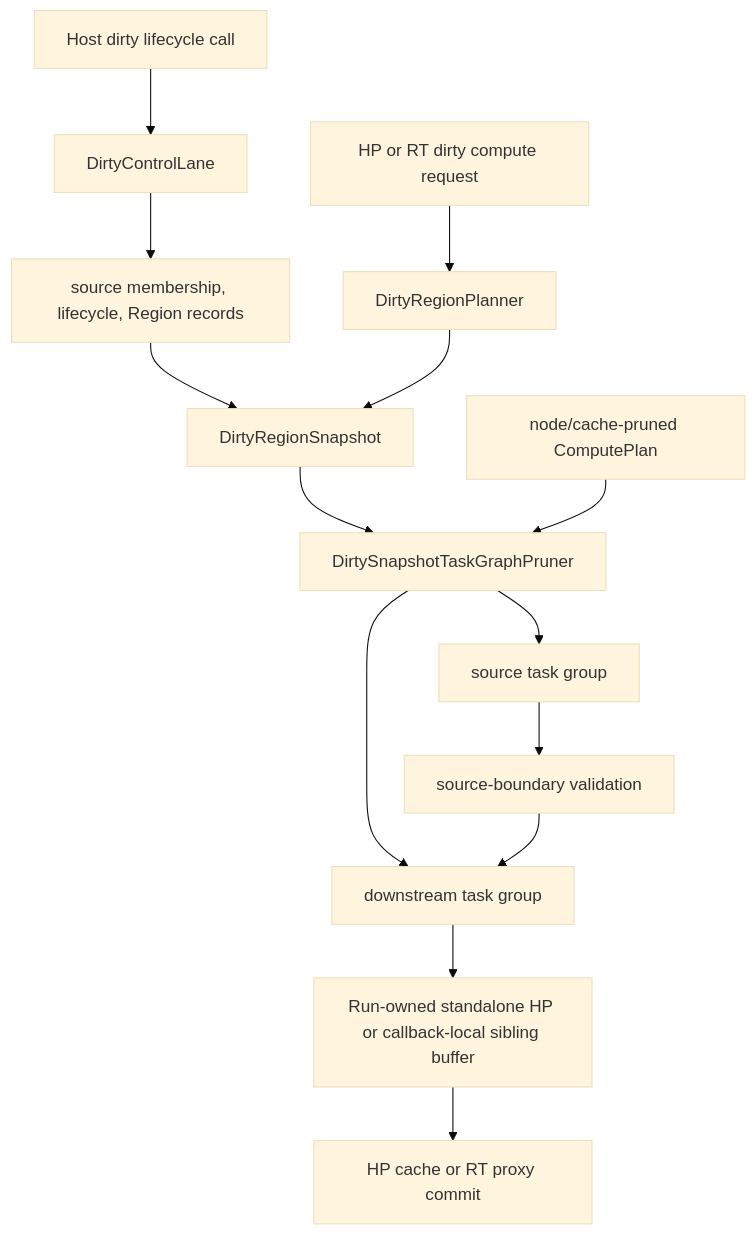
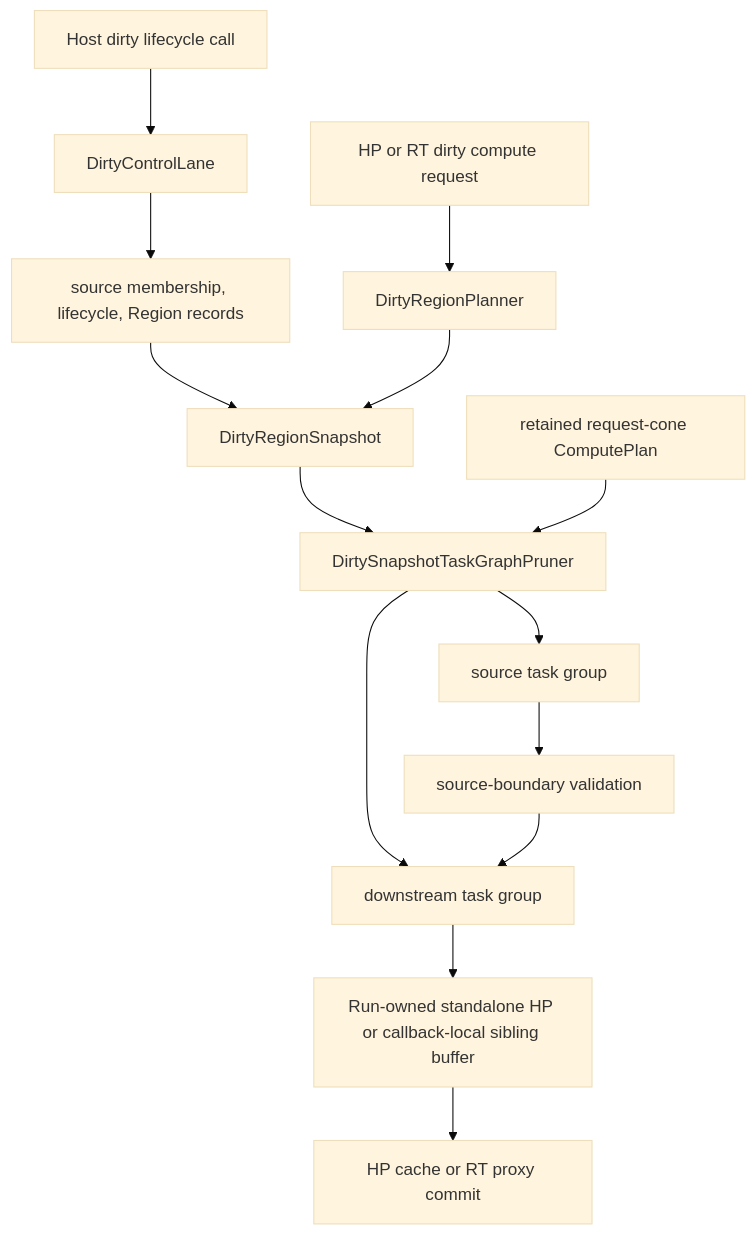
Before and after one commit to kevin-zf1123/photospider: the diagram in docs/kernel-architecture/Dirty-Region-Propagation.md, drawn with Mermaid (base theme). The commit also changed other lines of this file and 9 other files, not shown here.

````diff
--- a/docs/kernel-architecture/Dirty-Region-Propagation.md
+++ b/docs/kernel-architecture/Dirty-Region-Propagation.md
@@ -50,17 +50,17 @@
 ```mermaid
 flowchart TD
   EVENT["Host dirty lifecycle call"] --> LANE["DirtyControlLane"]
   LANE --> FACTS["source membership, lifecycle, Region records"]
   FACTS --> SNAPSHOT["DirtyRegionSnapshot"]
 
   REQUEST["HP or RT dirty compute request"] --> PLAN["DirtyRegionPlanner"]
   PLAN --> SNAPSHOT
   SNAPSHOT --> SELECT["DirtySnapshotTaskGraphPruner"]
-  STATIC["node/cache-pruned ComputePlan"] --> SELECT
+  STATIC["retained request-cone ComputePlan"] --> SELECT
   SELECT --> SOURCE["source task group"]
   SELECT --> DOWNSTREAM["downstream task group"]
   SOURCE --> VALIDATE["source-boundary validation"]
   VALIDATE --> DOWNSTREAM
   DOWNSTREAM --> STAGE["Run-owned standalone HP or callback-local sibling buffer"]
   STAGE --> COMMIT["HP cache or RT proxy commit"]
 ```
````
